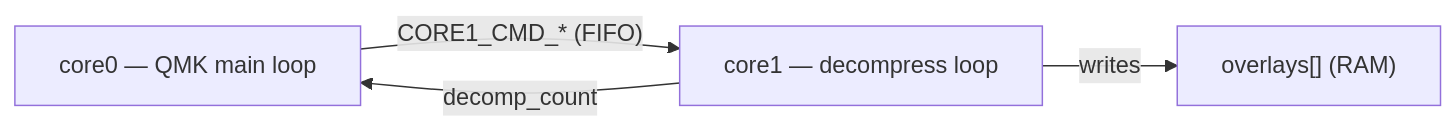
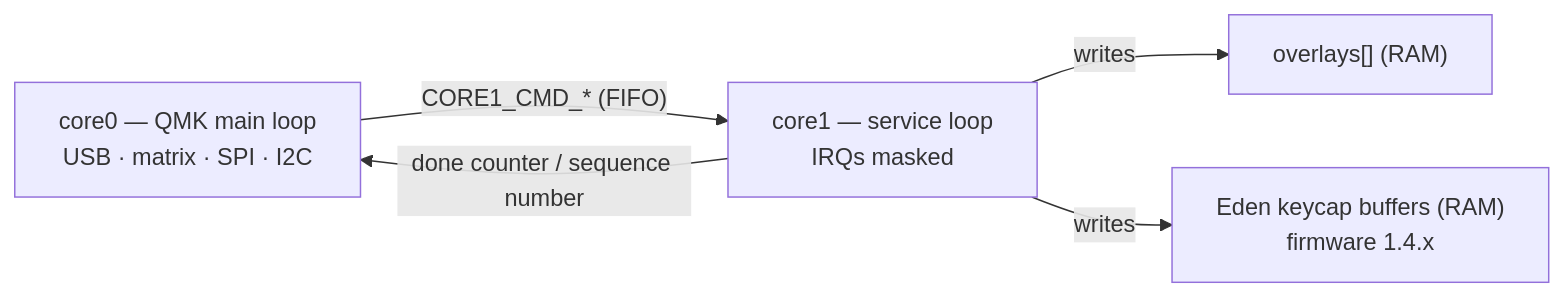
Before and after one commit to thpoll83/polykybd-docs: the sixth of 6 diagrams in src/content/docs/development/system-model.mdx, drawn with Mermaid. The commit also changed other lines of this file and 2 other files, not shown here.

First line of the commit message:
Development: document what runs on core1

````diff
--- a/src/content/docs/development/system-model.mdx
+++ b/src/content/docs/development/system-model.mdx
@@ -279,6 +281,7 @@
 ```mermaid
 flowchart LR
-  C0["core0 — QMK main loop"] -->|"CORE1_CMD_* (FIFO)"| C1["core1 — decompress loop"]
+  C0["core0 — QMK main loop<br/>USB · matrix · SPI · I2C"] -->|"CORE1_CMD_* (FIFO)"| C1["core1 — service loop<br/>IRQs masked"]
   C1 -->|"writes"| OV["overlays[] (RAM)"]
-  C1 -->|"decomp_count"| C0
+  C1 -->|"writes"| EB["Eden keycap buffers (RAM)<br/>firmware 1.4.x"]
+  C1 -->|"done counter / sequence number"| C0
 ```
````
